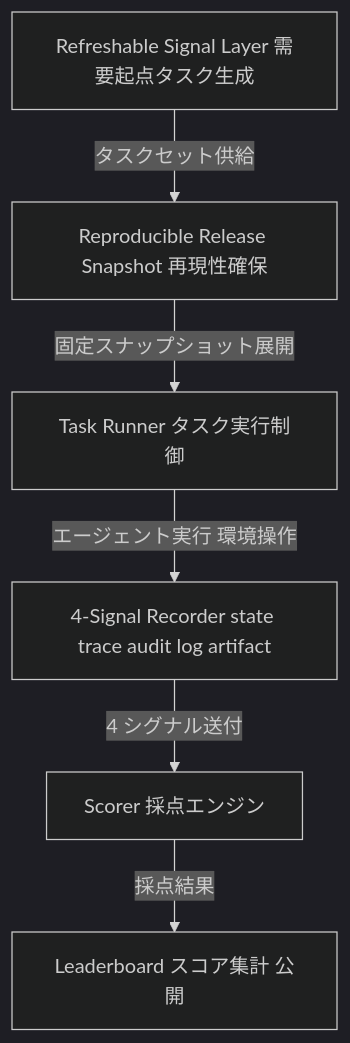
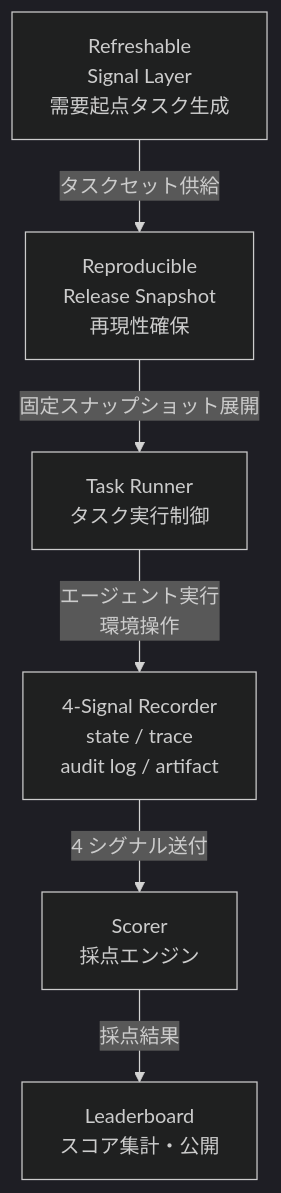
The second of 5 diagrams in articles/claw-eval-live_20260505.md (suwa-sh/zenn-contents), drawn with Mermaid (dark theme) before and after one commit. The commit also changed other lines of this file, not shown here.

Commit message:
update: Claw-Eval-Live mermaid 表示名を <br/> で複数行レイアウトに修正

````diff
--- a/articles/claw-eval-live_20260505.md
+++ b/articles/claw-eval-live_20260505.md
@@ -67,15 +67,15 @@
 ```mermaid
 graph TD
-    RSL[Refreshable Signal Layer 需要起点タスク生成]
-    RRS[Reproducible Release Snapshot 再現性確保]
-    TR[Task Runner タスク実行制御]
-    R4S[4-Signal Recorder state trace audit log artifact]
-    SC[Scorer 採点エンジン]
-    LB[Leaderboard スコア集計 公開]
+    RSL["Refreshable<br/>Signal Layer<br/>需要起点タスク生成"]
+    RRS["Reproducible<br/>Release Snapshot<br/>再現性確保"]
+    TR["Task Runner<br/>タスク実行制御"]
+    R4S["4-Signal Recorder<br/>state / trace<br/>audit log / artifact"]
+    SC["Scorer<br/>採点エンジン"]
+    LB["Leaderboard<br/>スコア集計・公開"]
 
     RSL -->|タスクセット供給| RRS
     RRS -->|固定スナップショット展開| TR
-    TR -->|エージェント実行 環境操作| R4S
+    TR -->|エージェント実行<br/>環境操作| R4S
     R4S -->|4 シグナル送付| SC
     SC -->|採点結果| LB
 ```
````
